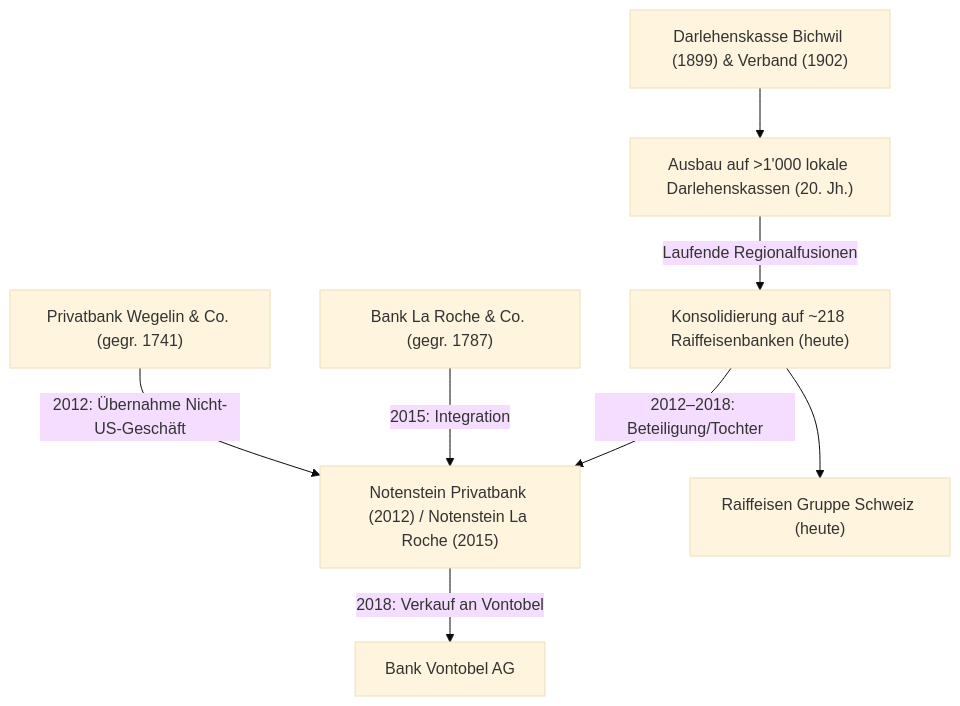
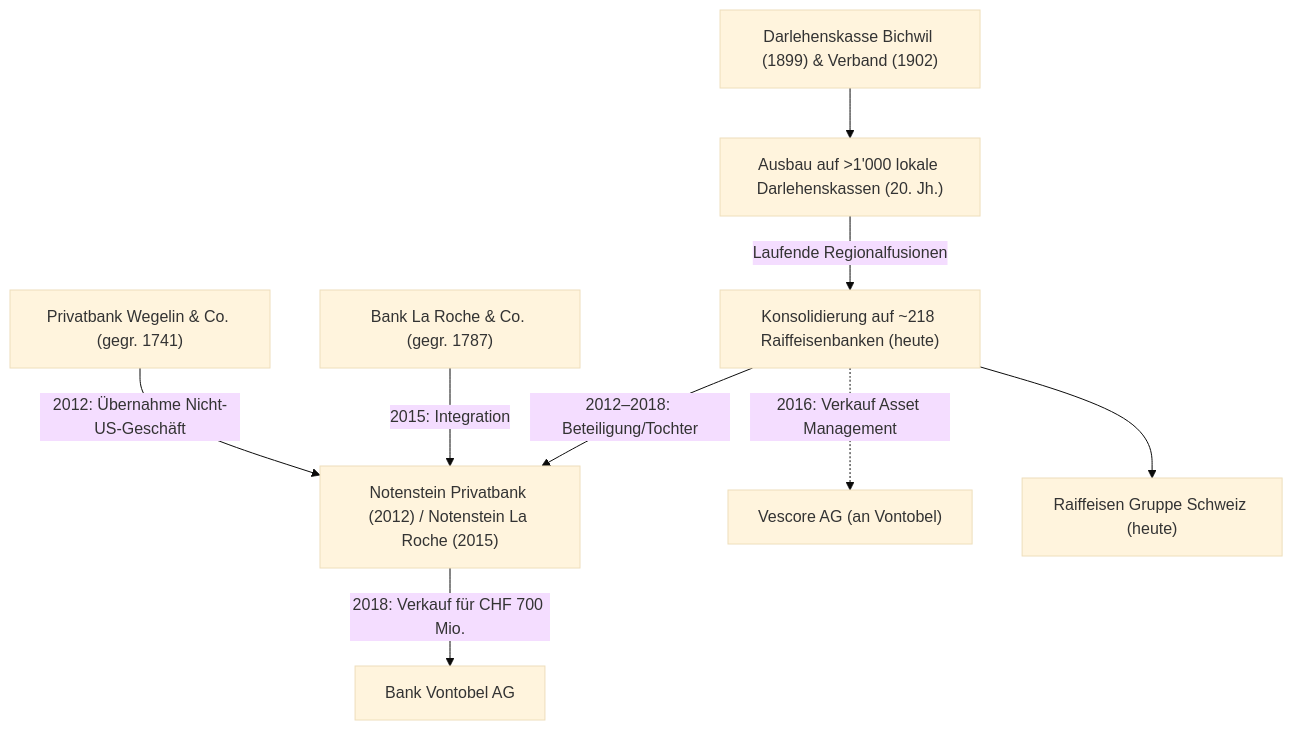
One commit to chatelao/xkb-geschaeftsbereichte-analysen changed the diagram in banks/raiffeisen/reports/10_fusionsbaum_und_historie.md. Above: the diagram before and after it, drawn with Mermaid (base theme). The commit also changed other lines of this file and 5 other files, not shown here.

````diff
--- a/banks/raiffeisen/reports/10_fusionsbaum_und_historie.md
+++ b/banks/raiffeisen/reports/10_fusionsbaum_und_historie.md
@@ -9,10 +9,11 @@
 ```mermaid
 flowchart TD
     BICH["Darlehenskasse Bichwil (1899) & Verband (1902)"] --> NETZ["Ausbau auf >1'000 lokale Darlehenskassen (20. Jh.)"]
     NETZ -->|"Laufende Regionalfusionen"| GEN["Konsolidierung auf ~218 Raiffeisenbanken (heute)"]
     WEG["Privatbank Wegelin & Co. (gegr. 1741)"] -->|"2012: Übernahme Nicht-US-Geschäft"| NOTE["Notenstein Privatbank (2012) / Notenstein La Roche (2015)"]
     LARO["Bank La Roche & Co. (gegr. 1787)"] -->|"2015: Integration"| NOTE
     GEN -->|"2012–2018: Beteiligung/Tochter"| NOTE
-    NOTE -->|"2018: Verkauf an Vontobel"| VONT["Bank Vontobel AG"]
+    NOTE -->|"2018: Verkauf für CHF 700 Mio."| VONT["Bank Vontobel AG"]
+    GEN -.->|"2016: Verkauf Asset Management"| VESC["Vescore AG (an Vontobel)"]
     GEN --> RAIF["Raiffeisen Gruppe Schweiz (heute)"]
 ```
````
